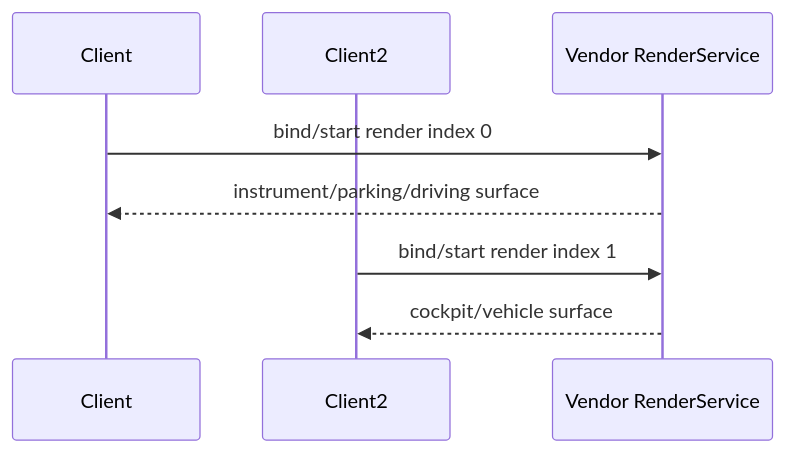
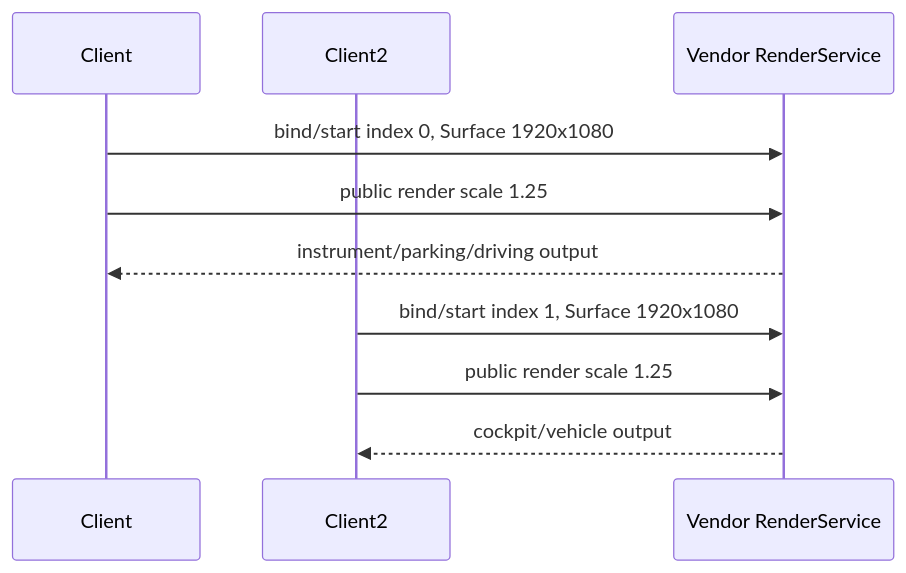
Before and after one commit to LucasWEIchen/CougarOS: the first of 2 diagrams in docs/modules/14-renderservice-unity.md, drawn with Mermaid. The commit also changed other lines of this file and 22 other files, not shown here.

Commit message:
fix(android): restore cockpit render quality

````diff
--- a/docs/modules/14-renderservice-unity.md
+++ b/docs/modules/14-renderservice-unity.md
@@ -64,10 +69,12 @@
 ```mermaid
 sequenceDiagram
     participant C1 as Client
     participant C2 as Client2
     participant RS as Vendor RenderService
-    C1->>RS: bind/start render index 0
-    RS-->>C1: instrument/parking/driving surface
-    C2->>RS: bind/start render index 1
-    RS-->>C2: cockpit/vehicle surface
+    C1->>RS: bind/start index 0, Surface 1920x1080
+    C1->>RS: public render scale 1.25
+    RS-->>C1: instrument/parking/driving output
+    C2->>RS: bind/start index 1, Surface 1920x1080
+    C2->>RS: public render scale 1.25
+    RS-->>C2: cockpit/vehicle output
 ```
````
